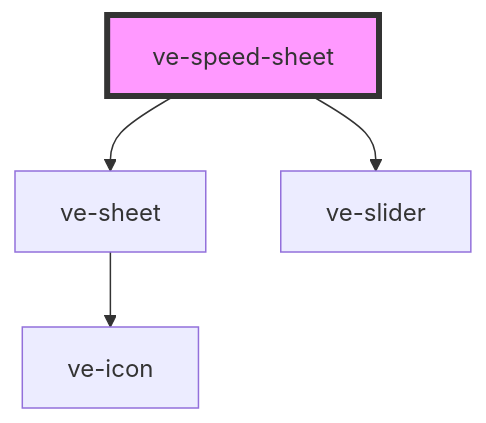
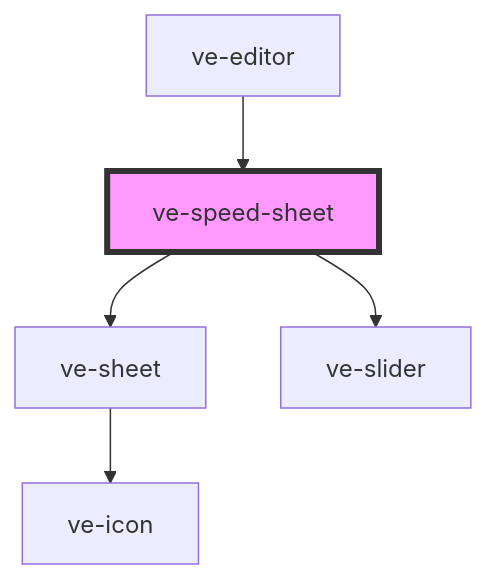
The diagram in src/components/ve-speed-sheet/readme.md (dotnetdreamer/capacitor-video-kit), drawn with Mermaid before and after one commit. The commit also changed other lines of this file and 38 other files, not shown here.

````diff
--- a/src/components/ve-speed-sheet/readme.md
+++ b/src/components/ve-speed-sheet/readme.md
@@ -29,7 +33,8 @@
 ```mermaid
 graph TD;
   ve-speed-sheet --> ve-sheet
   ve-speed-sheet --> ve-slider
   ve-sheet --> ve-icon
+  ve-editor --> ve-speed-sheet
   style ve-speed-sheet fill:#f9f,stroke:#333,stroke-width:4px
 ```
````
